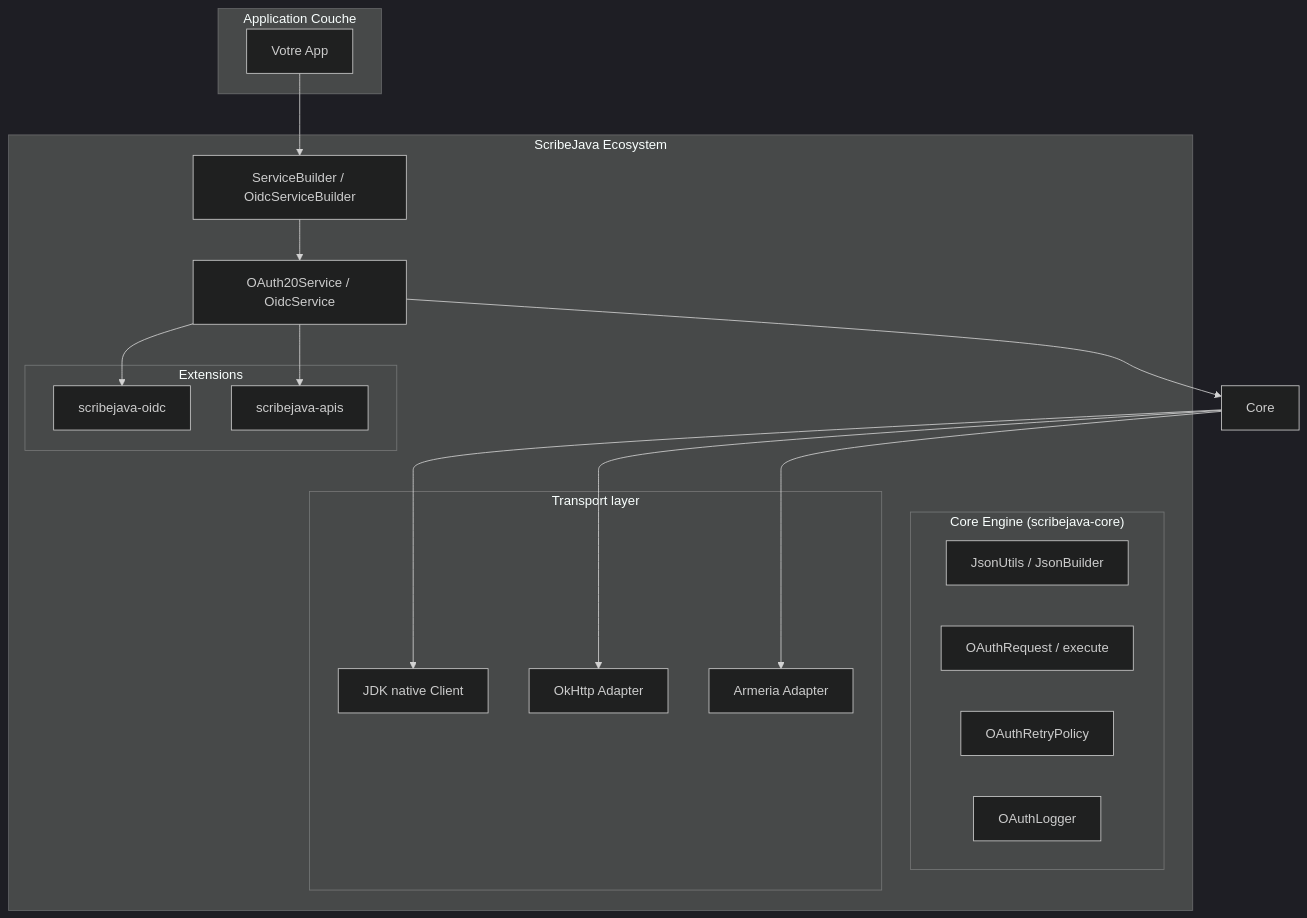
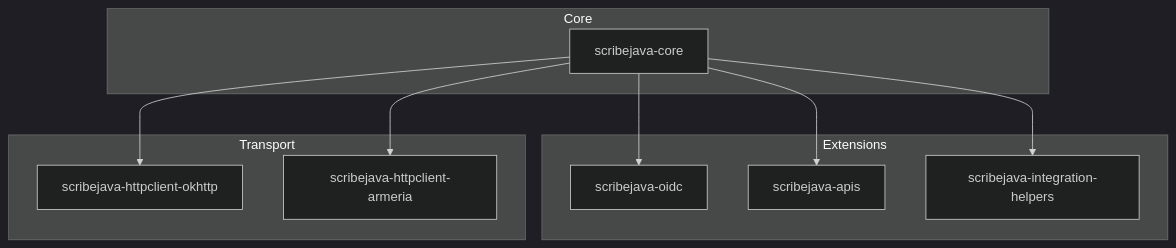
One commit to Q300Z/scribejava changed the diagram in README.md. Above: the diagram before and after it, drawn with Mermaid (dark theme). The commit also changed other lines of this file and 3 other files, not shown here.

````diff
--- a/README.md
+++ b/README.md
@@ -15,38 +45,15 @@
 ```mermaid
 graph TD
-    subgraph "Application Couche"
-        App[Votre App]
+    subgraph Core
+        C[scribejava-core]
     end
-
-    subgraph "ScribeJava Ecosystem"
-        Builder[ServiceBuilder / OidcServiceBuilder]
-        Service[OAuth20Service / OidcService]
-        
-        subgraph "Core Engine (scribejava-core)"
-            JSON[JsonUtils / JsonBuilder]
-            Request[OAuthRequest / execute]
-            Retry[OAuthRetryPolicy]
-            Logger[OAuthLogger]
-        end
-
-        subgraph "Extensions"
-            OIDC[scribejava-oidc]
-            APIs[scribejava-apis]
-        end
-        
-        subgraph "Transport layer"
-            JDK[JDK native Client]
-            OkHttp[OkHttp Adapter]
-            Armeria[Armeria Adapter]
-        end
+    subgraph Extensions
+        C --> O[scribejava-oidc]
+        C --> A[scribejava-apis]
+        C --> I[scribejava-integration-helpers]
     end
-
-    App --> Builder
-    Builder --> Service
-    Service --> Core
-    Service --> OIDC
-    Service --> APIs
-    Core --> JDK
-    Core --> OkHttp
-    Core --> Armeria
+    subgraph Transport
+        C --> H1[scribejava-httpclient-okhttp]
+        C --> H2[scribejava-httpclient-armeria]
+    end
 ```
````
